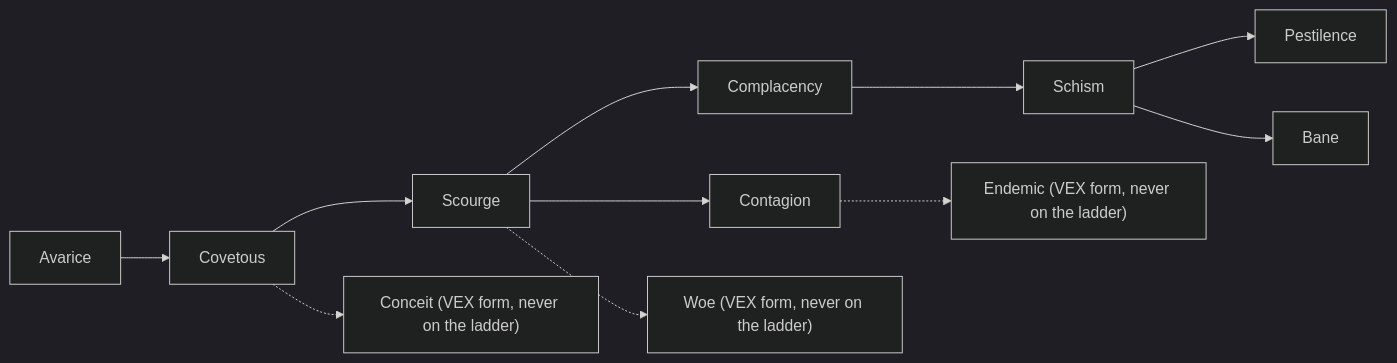
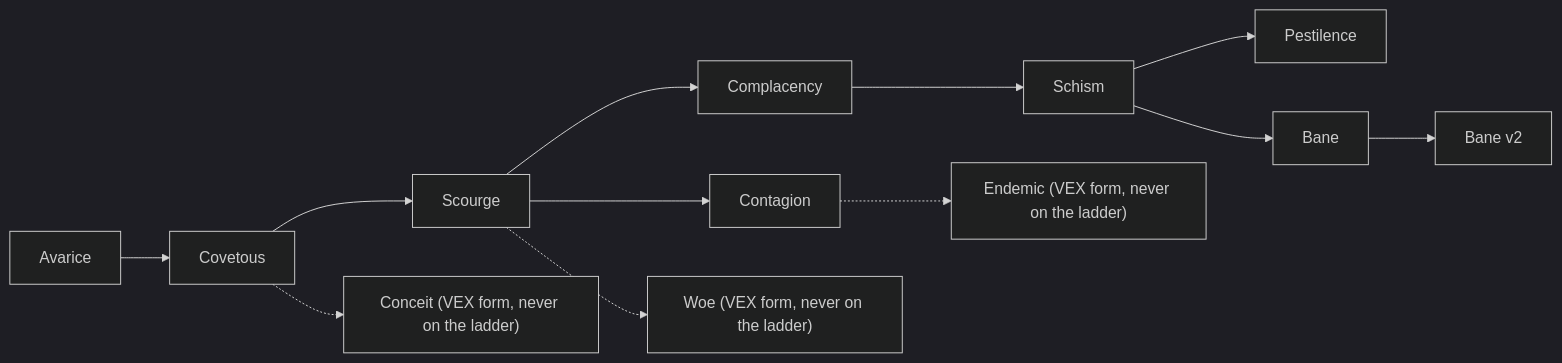
The second of 2 diagrams in architecture/cells-and-experiments.md (avarice-dev/AI-CellHack2), drawn with Mermaid (dark theme) before and after one commit. The commit also changed other lines of this file and 5 other files, not shown here.

````diff
--- a/architecture/cells-and-experiments.md
+++ b/architecture/cells-and-experiments.md
@@ -96,11 +97,11 @@
 ```mermaid
 flowchart LR
     S["Avarice"] --> C["Covetous"] --> SC["Scourge"] --> CO["Contagion"]
     SC --> CP["Complacency"]
     CP --> SM["Schism"]
     SC -.-> W["Woe (VEX form, never on the ladder)"]
     C -.-> CN["Conceit (VEX form, never on the ladder)"]
     CO -.-> E["Endemic (VEX form, never on the ladder)"]
     SM --> P["Pestilence"]
-    SM --> B["Bane"]
+    SM --> B["Bane"] --> B2["Bane v2"]
 ```
````
